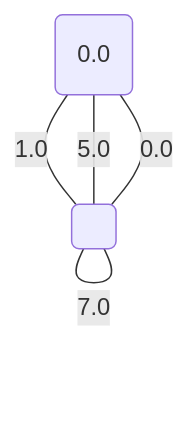
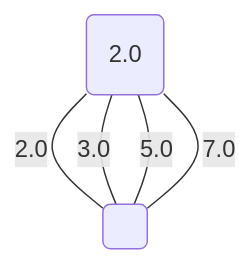
Before and after one commit to metury/graphs: diagram 17 of 17 in project/src/testing/showcase/minCutPetersen.md, drawn with Mermaid. The commit also changed other lines of this file and 34 other files, not shown here.

````diff
--- a/project/src/testing/showcase/minCutPetersen.md
+++ b/project/src/testing/showcase/minCutPetersen.md
@@ -411,12 +408,9 @@
 ```mermaid
 graph TD;
-	0("0.0");
+	0("2.0");
 	1(" ");
-	1 -- "0.0" --- 0;
-	0 -- "1.0" --- 1;
-	1 -- "2.0" --- 1;
-	1 -- "4.0" --- 1;
-	0 -- "5.0" --- 1;
-	1 -- "6.0" --- 1;
-	1 -- "7.0" --- 1;
+	0 -- "2.0" --- 1;
+	0 -- "3.0" --- 1;
+	1 -- "5.0" --- 0;
+	1 -- "7.0" --- 0;
 ```
````
